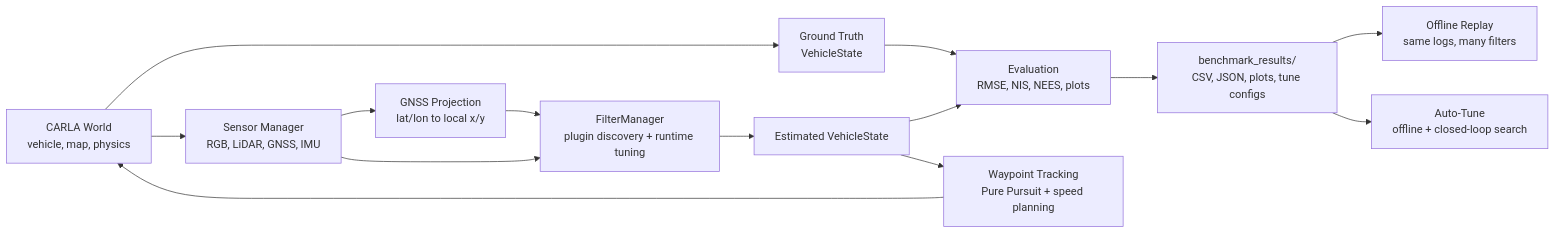
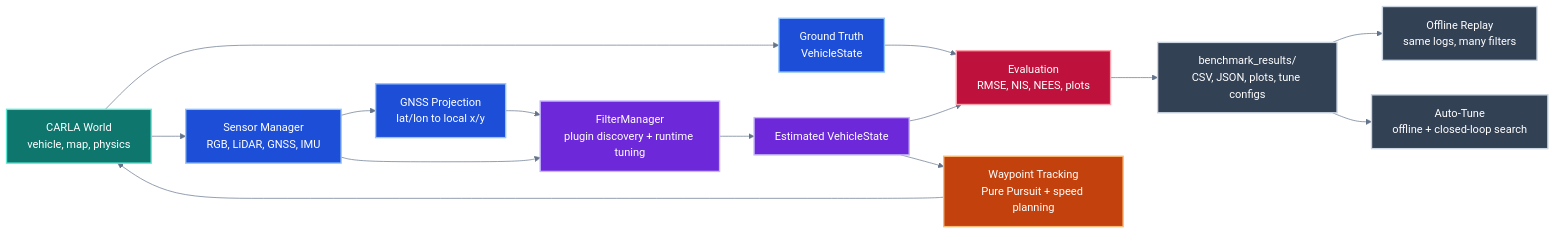
One commit to gorkmbkts/EE4084_Project_Spring2026 changed the diagram in README.md. Above: the diagram before and after it, drawn with Mermaid. The commit also changed other lines of this file, not shown here.

Commit message:
fix: update Python version in README to 3.12.13 and enhance system overview diagram

````diff
--- a/README.md
+++ b/README.md
@@ -63,16 +63,31 @@
 ```mermaid
+%%{init: {"theme": "base", "themeVariables": {"fontFamily": "Arial, sans-serif", "lineColor": "#64748b", "primaryTextColor": "#f8fafc"}}}%%
 flowchart LR
     CARLA["CARLA World<br/>vehicle, map, physics"] --> Sensors["Sensor Manager<br/>RGB, LiDAR, GNSS, IMU"]
     CARLA --> Truth["Ground Truth<br/>VehicleState"]
     Sensors --> GNSS["GNSS Projection<br/>lat/lon to local x/y"]
     GNSS --> FM["FilterManager<br/>plugin discovery + runtime tuning"]
     Sensors --> FM
     FM --> Est["Estimated VehicleState"]
     Truth --> Eval["Evaluation<br/>RMSE, NIS, NEES, plots"]
     Est --> Eval
     Est --> Control["Waypoint Tracking<br/>Pure Pursuit + speed planning"]
     Control --> CARLA
     Eval --> Reports["benchmark_results/<br/>CSV, JSON, plots, tune configs"]
     Reports --> Replay["Offline Replay<br/>same logs, many filters"]
     Reports --> Tune["Auto-Tune<br/>offline + closed-loop search"]
+
+    classDef simulator fill:#0f766e,stroke:#5eead4,color:#ffffff,stroke-width:2px
+    classDef sensing fill:#1d4ed8,stroke:#93c5fd,color:#ffffff,stroke-width:2px
+    classDef estimation fill:#6d28d9,stroke:#c4b5fd,color:#ffffff,stroke-width:2px
+    classDef control fill:#c2410c,stroke:#fdba74,color:#ffffff,stroke-width:2px
+    classDef evaluation fill:#be123c,stroke:#fda4af,color:#ffffff,stroke-width:2px
+    classDef artifact fill:#334155,stroke:#cbd5e1,color:#ffffff,stroke-width:2px
+
+    class CARLA simulator
+    class Sensors,GNSS,Truth sensing
+    class FM,Est estimation
+    class Control control
+    class Eval evaluation
+    class Reports,Replay,Tune artifact
 ```
````
